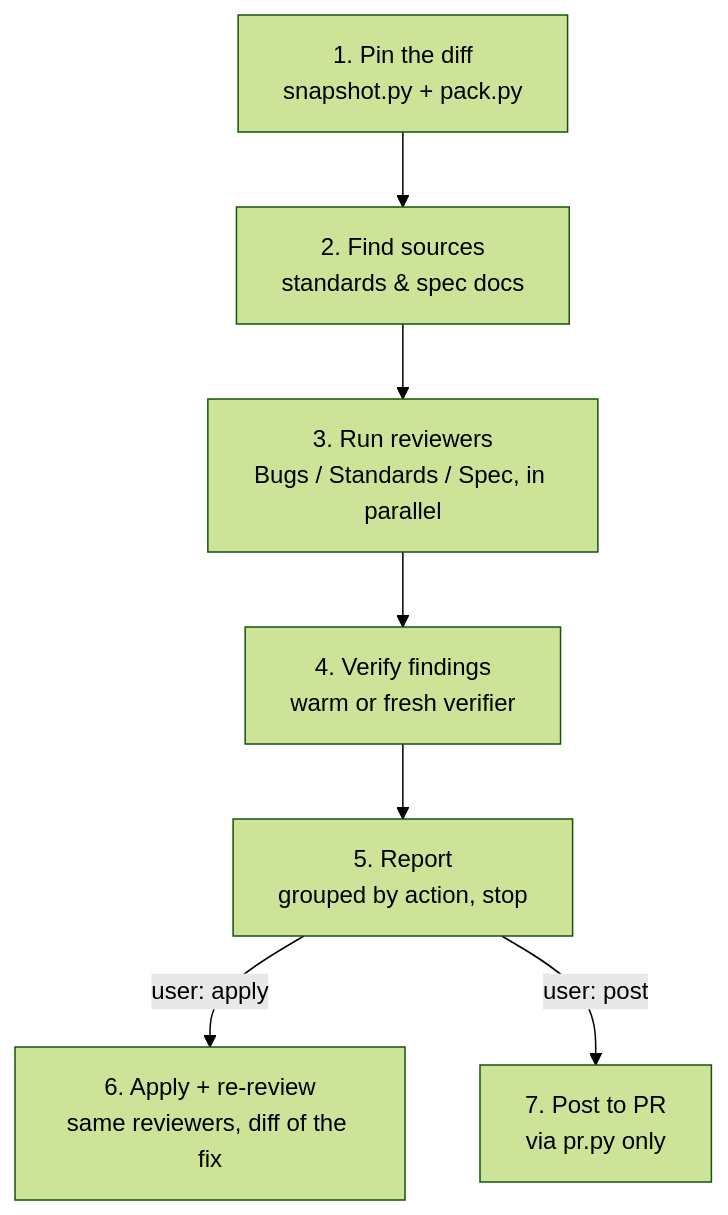
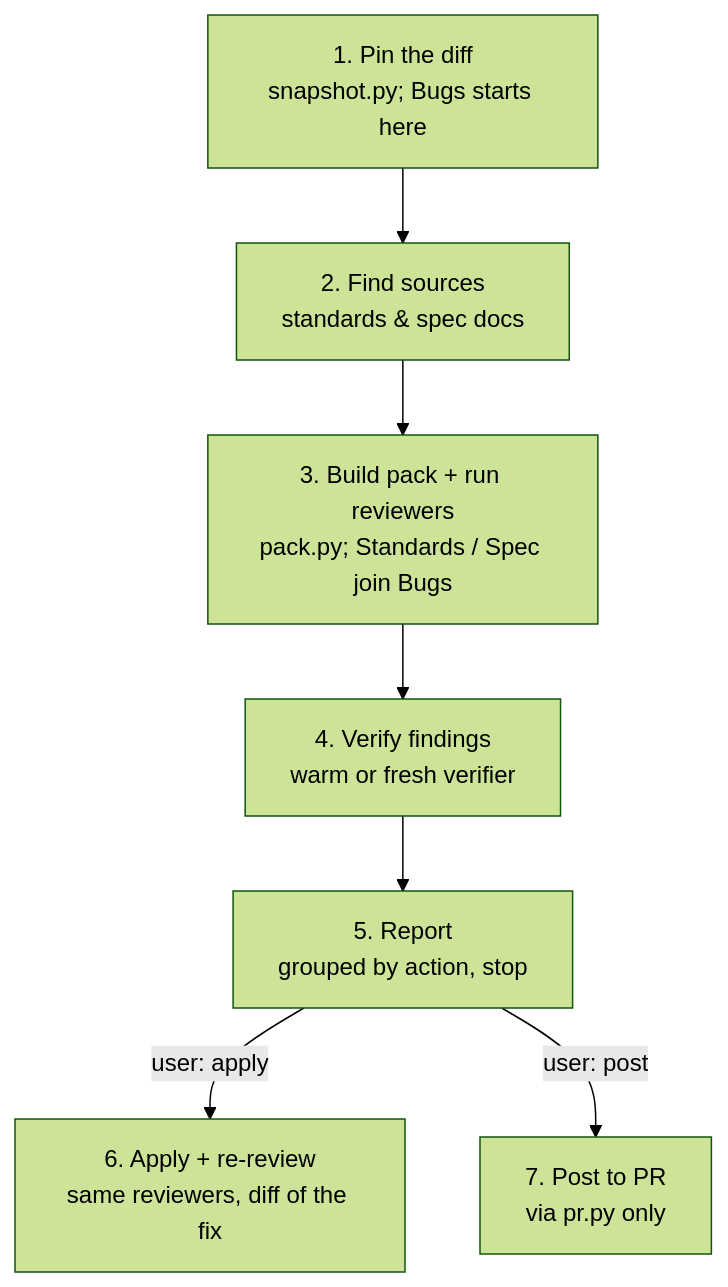
Before and after one commit to jimmy-guzman/skills: the first of 3 diagrams in docs/review-changes.md, drawn with Mermaid (forest theme). The commit also changed other lines of this file, not shown here.

````diff
--- a/docs/review-changes.md
+++ b/docs/review-changes.md
@@ -27,9 +27,9 @@
 ```mermaid
 flowchart TD
-    A["1. Pin the diff<br/>snapshot.py + pack.py"] --> B["2. Find sources<br/>standards & spec docs"]
-    B --> C["3. Run reviewers<br/>Bugs / Standards / Spec, in parallel"]
+    A["1. Pin the diff<br/>snapshot.py; Bugs starts here"] --> B["2. Find sources<br/>standards & spec docs"]
+    B --> C["3. Build pack + run reviewers<br/>pack.py; Standards / Spec join Bugs"]
     C --> D["4. Verify findings<br/>warm or fresh verifier"]
     D --> E["5. Report<br/>grouped by action, stop"]
     E -->|"user: apply"| F["6. Apply + re-review<br/>same reviewers, diff of the fix"]
     E -->|"user: post"| G["7. Post to PR<br/>via pr.py only"]
 ```
````
